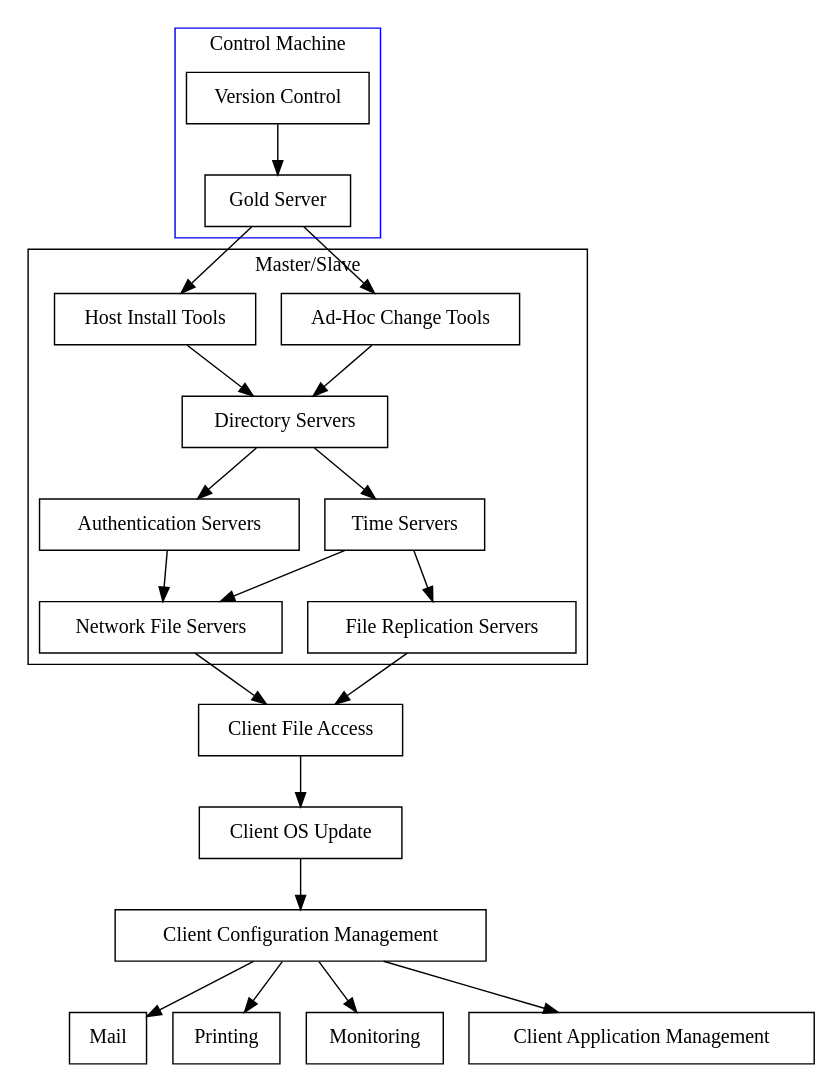
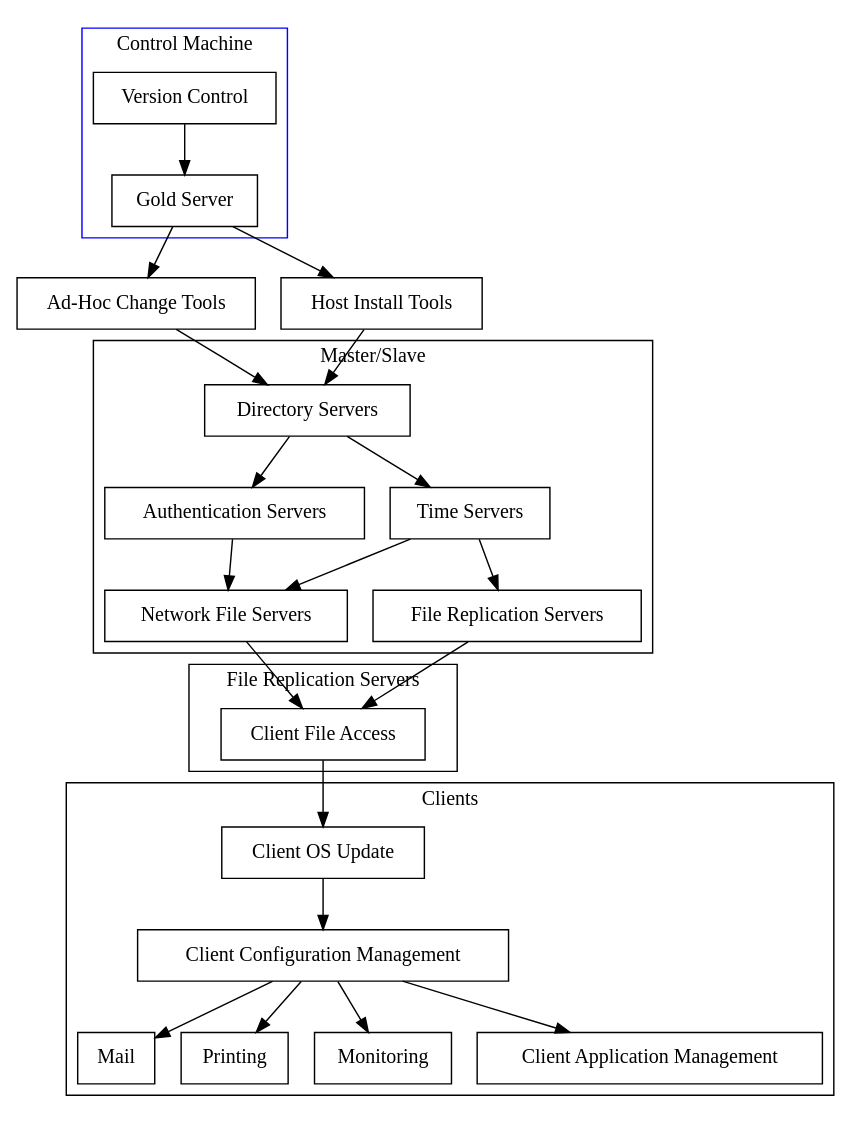
Before and after one commit to omussell/homelab: the diagram in pic/secenv.gv, drawn with Graphviz. The commit also changed 1 other file, not shown here.

```diff
--- a/pic/secenv.gv
+++ b/pic/secenv.gv
@@ -1,45 +1,51 @@
 digraph SecureInfrastructure {
 
 	VC [shape=box,label="Version Control"];
 	GS [shape=box,label="Gold Server"];
 	AHCT [shape=box,label="Ad-Hoc Change Tools"];
 	HIT [shape=box,label="Host Install Tools"];
 	DIR [shape=box,label="Directory Servers"];
 	AUTH [shape=box,label="Authentication Servers"];
 	TIME [shape=box,label="Time Servers"];
 	NFS [shape=box,label="Network File Servers"];
 	FRS [shape=box,label="File Replication Servers"];
 	CFA [shape=box,label="Client File Access"];
 	COSU [shape=box,label="Client OS Update"];
 	CCM [shape=box,label="Client Configuration Management"];
 	MAIL [shape=box,label="Mail"];
 	PRNT [shape=box,label="Printing"];
 	MONT [shape=box,label="Monitoring"];
 	CAM [ shape=box,label="Client Application Management"]; 
 
 subgraph cluster1 {
 	VC -> GS;
 label = "Control Machine";
 color=blue
 }
-subgraph cluster2 {
 	GS -> AHCT;
 	GS -> HIT;
 	AHCT -> DIR;
 	HIT -> DIR;
+subgraph cluster2 {
 	DIR -> AUTH;
 	DIR -> TIME;
 	AUTH -> NFS;
 	TIME -> NFS;
 	TIME -> FRS;
 label = "Master/Slave";
 }
+subgraph cluster3 {
 	NFS -> CFA;
 	FRS -> CFA;
+label = "File Replication Servers";
+}
+subgraph cluster4 {
 	CFA -> COSU;
 	COSU -> CCM;
 	CCM -> MAIL;
 	CCM -> PRNT;
 	CCM -> MONT;
 	CCM -> CAM;
+label = "Clients";
 }
+}
```
